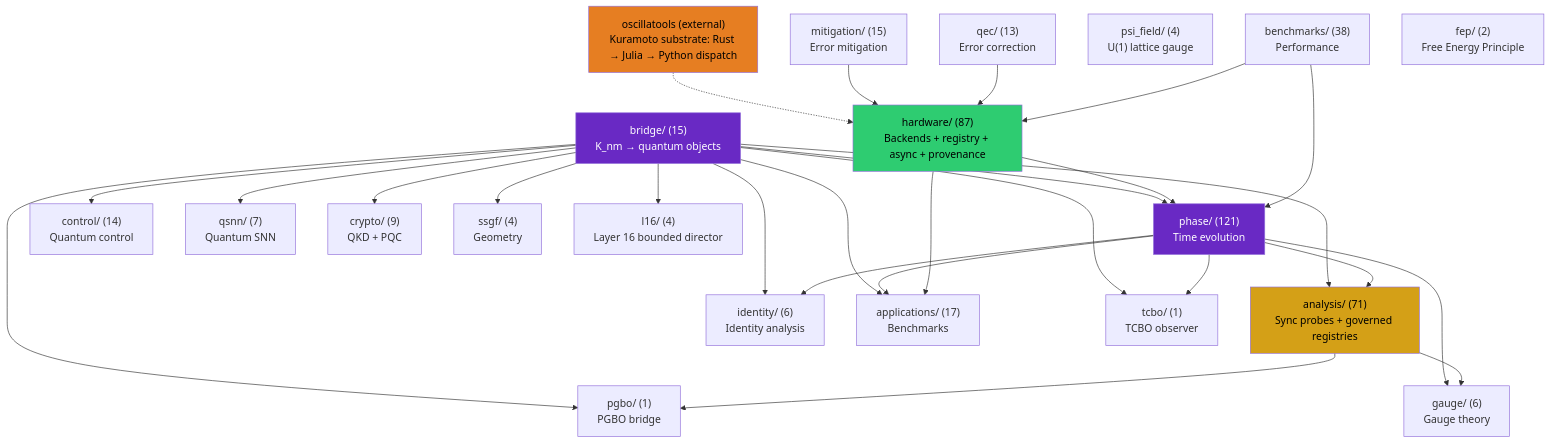
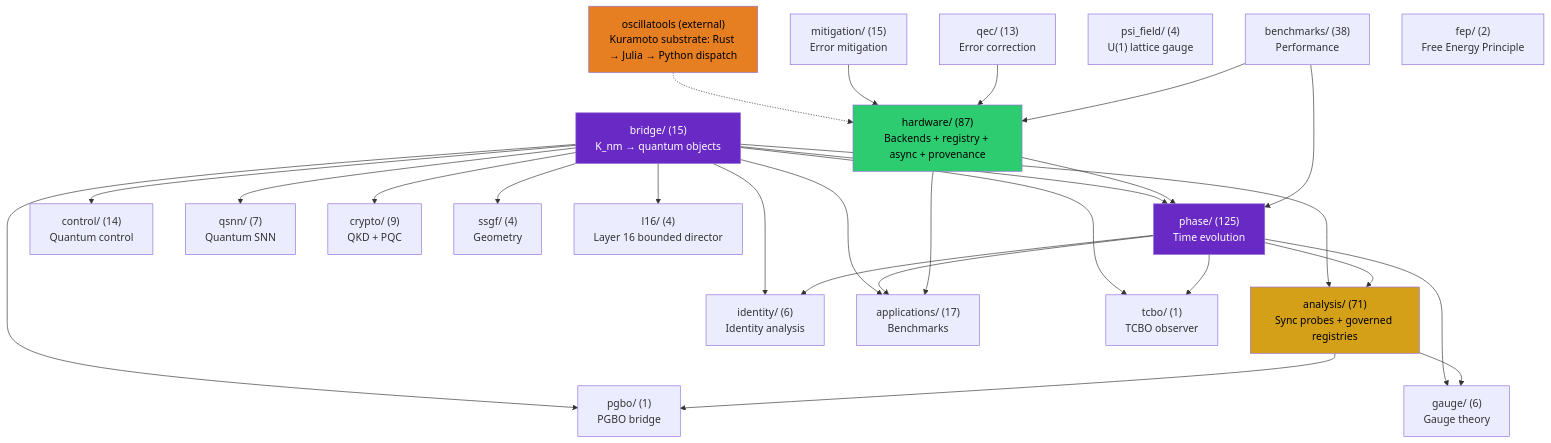
The second of 5 diagrams in docs/architecture.md (anulum/scpn-quantum-control), drawn with Mermaid before and after one commit. The commit also changed other lines of this file and 13 other files, not shown here.

````diff
--- a/docs/architecture.md
+++ b/docs/architecture.md
@@ -826,55 +826,55 @@
 ```mermaid
 graph TD
     bridge["bridge/ (15)\nK_nm → quantum objects"]
-    phase["phase/ (121)\nTime evolution"]
+    phase["phase/ (125)\nTime evolution"]
     analysis["analysis/ (71)\nSync probes + governed registries"]
     control["control/ (14)\nQuantum control"]
     qsnn["qsnn/ (7)\nQuantum SNN"]
     identity["identity/ (6)\nIdentity analysis"]
     hardware["hardware/ (87)\nBackends + registry + async + provenance"]
     mitigation["mitigation/ (15)\nError mitigation"]
     qec["qec/ (13)\nError correction"]
     gauge["gauge/ (6)\nGauge theory"]
     apps["applications/ (17)\nBenchmarks"]
     crypto["crypto/ (9)\nQKD + PQC"]
     benchmarks["benchmarks/ (38)\nPerformance"]
     ssgf["ssgf/ (4)\nGeometry"]
     psi_field["psi_field/ (4)\nU(1) lattice gauge"]
     oscillatools["oscillatools (external)\nKuramoto substrate: Rust → Julia → Python dispatch"]
     fep["fep/ (2)\nFree Energy Principle"]
     tcbo["tcbo/ (1)\nTCBO observer"]
     pgbo["pgbo/ (1)\nPGBO bridge"]
     l16["l16/ (4)\nLayer 16 bounded director"]
 
     bridge --> phase
     bridge --> analysis
     bridge --> control
     bridge --> qsnn
     bridge --> identity
     bridge --> apps
     bridge --> crypto
     bridge --> ssgf
     phase --> analysis
     phase --> identity
     phase --> apps
     phase --> gauge
     analysis --> gauge
     hardware --> phase
     hardware --> apps
     oscillatools -.-> hardware
     mitigation --> hardware
     qec --> hardware
     benchmarks --> phase
     benchmarks --> hardware
     bridge --> tcbo
     bridge --> pgbo
     bridge --> l16
     phase --> tcbo
     analysis --> pgbo
 
     style bridge fill:#6929C4,color:#fff
     style analysis fill:#d4a017,color:#000
     style phase fill:#6929C4,color:#fff
     style hardware fill:#2ecc71,color:#000
     style oscillatools fill:#e67e22,color:#000
 ```
````
